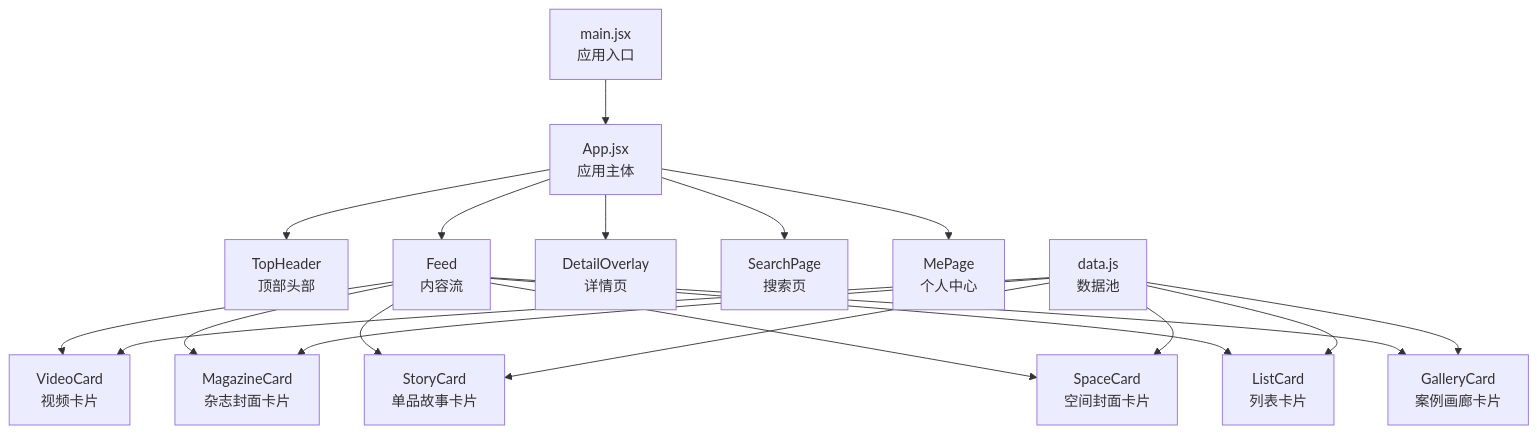
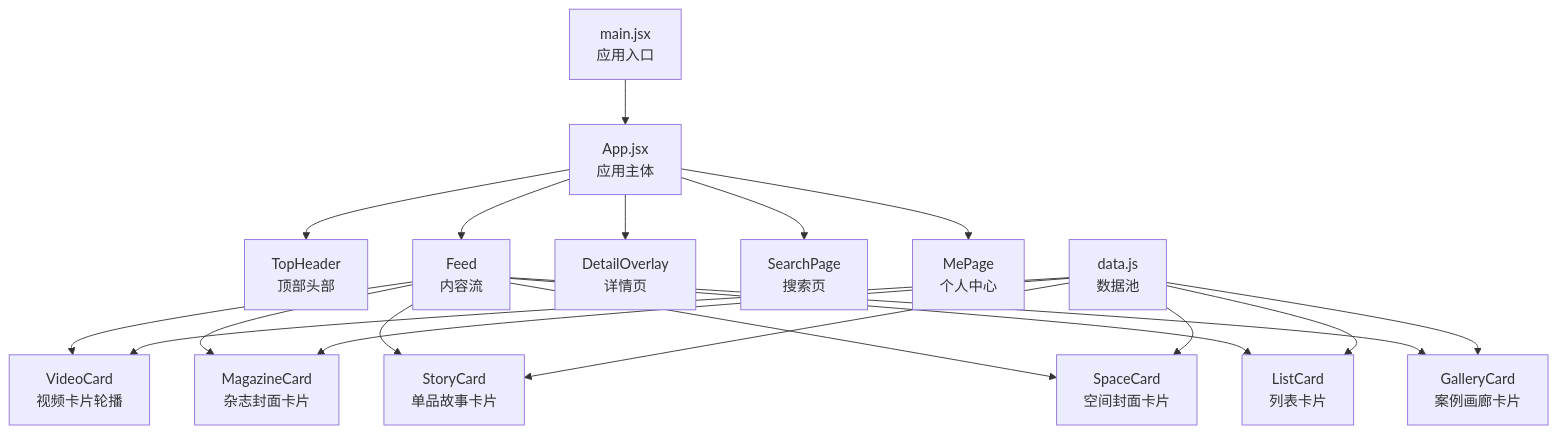
One commit to billye220670/newSquare changed the first of 4 diagrams in .qoder/repowiki/zh/content/内容卡片系统/内容卡片系统.md. Above: the diagram before and after it, drawn with Mermaid. The commit also changed other lines of this file and 14 other files, not shown here.

````diff
--- a/.qoder/repowiki/zh/content/内容卡片系统/内容卡片系统.md
+++ b/.qoder/repowiki/zh/content/内容卡片系统/内容卡片系统.md
@@ -35,21 +45,21 @@
 ```mermaid
 graph TB
 A["main.jsx<br/>应用入口"] --> B["App.jsx<br/>应用主体"]
 B --> C["TopHeader<br/>顶部头部"]
 B --> D["Feed<br/>内容流"]
-D --> E["VideoCard<br/>视频卡片"]
+D --> E["VideoCard<br/>视频卡片轮播"]
 D --> F["MagazineCard<br/>杂志封面卡片"]
 D --> G["StoryCard<br/>单品故事卡片"]
 D --> H["SpaceCard<br/>空间封面卡片"]
 D --> I["ListCard<br/>列表卡片"]
 D --> J["GalleryCard<br/>案例画廊卡片"]
 B --> K["DetailOverlay<br/>详情页"]
 B --> L["SearchPage<br/>搜索页"]
 B --> M["MePage<br/>个人中心"]
 N["data.js<br/>数据池"] --> E
 N --> F
 N --> G
 N --> H
 N --> I
 N --> J
 ```
````
